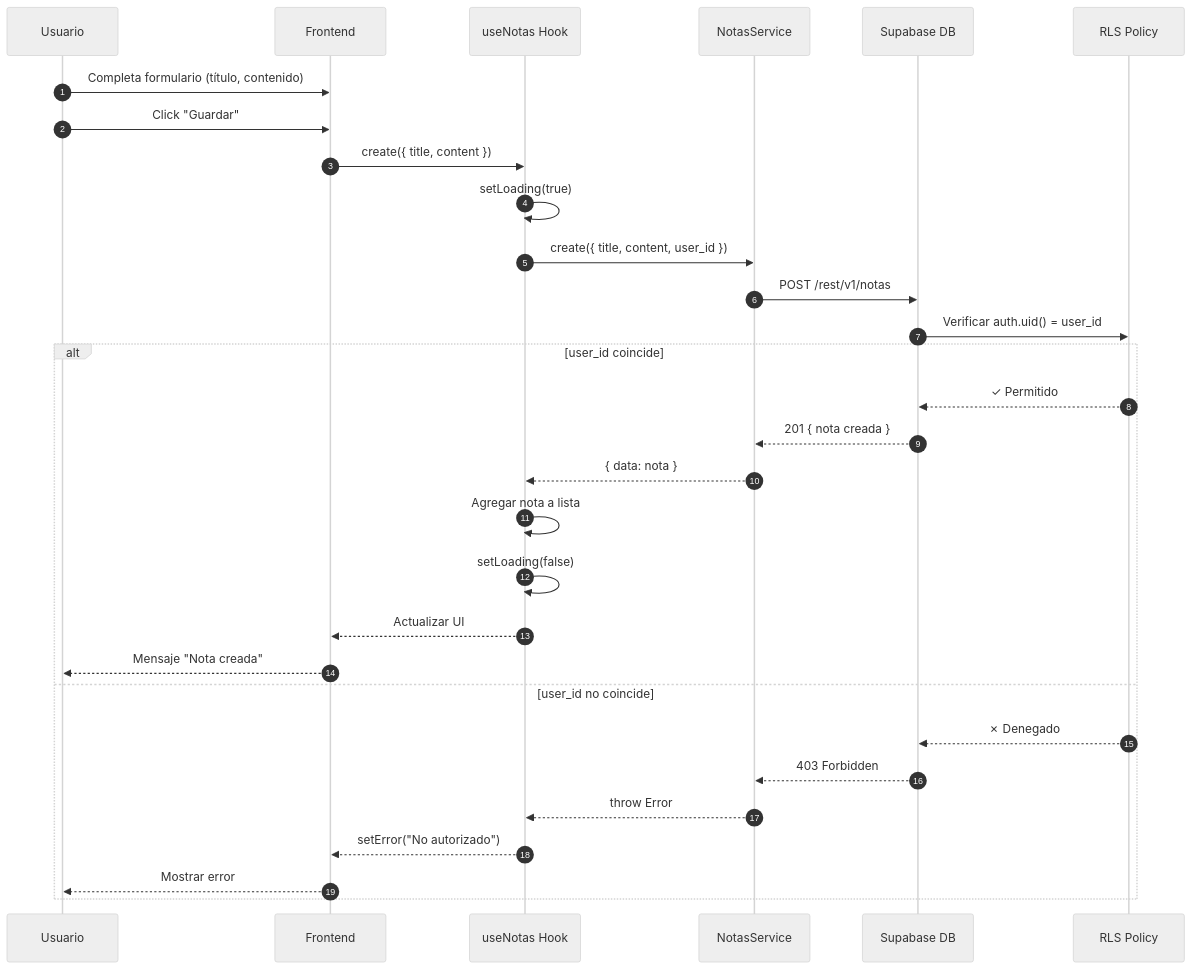
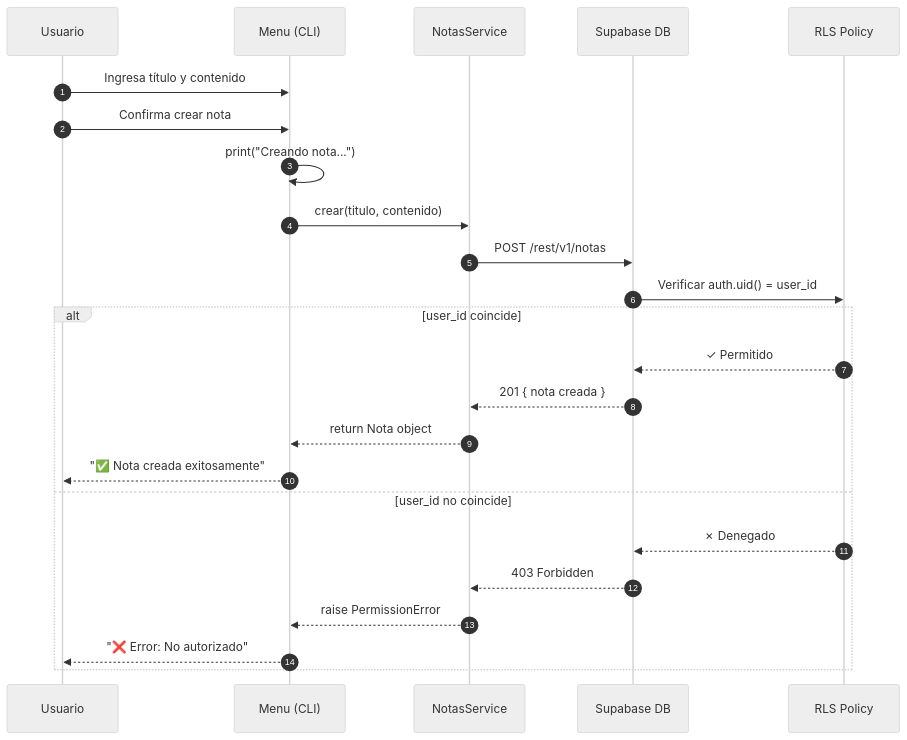
Before and after one commit to cynthiavillagra/app_prueba_prompts: the second of 3 diagrams in docs/03_c_api_dinamica.md, drawn with Mermaid (neutral theme). The commit also changed other lines of this file and 2 other files, not shown here.

````diff
--- a/docs/03_c_api_dinamica.md
+++ b/docs/03_c_api_dinamica.md
@@ -330,34 +331,28 @@
 ```mermaid
 sequenceDiagram
     autonumber
     participant U as Usuario
-    participant F as Frontend
-    participant H as useNotas Hook
+    participant M as Menu (CLI)
     participant NS as NotasService
     participant DB as Supabase DB
     participant RLS as RLS Policy
 
-    U->>F: Completa formulario (título, contenido)
-    U->>F: Click "Guardar"
-    F->>H: create({ title, content })
-    H->>H: setLoading(true)
-    H->>NS: create({ title, content, user_id })
+    U->>M: Ingresa título y contenido
+    U->>M: Confirma crear nota
+    M->>M: print("Creando nota...")
+    M->>NS: crear(titulo, contenido)
     NS->>DB: POST /rest/v1/notas
     DB->>RLS: Verificar auth.uid() = user_id
     
     alt user_id coincide
         RLS-->>DB: ✓ Permitido
         DB-->>NS: 201 { nota creada }
-        NS-->>H: { data: nota }
-        H->>H: Agregar nota a lista
-        H->>H: setLoading(false)
-        H-->>F: Actualizar UI
-        F-->>U: Mensaje "Nota creada"
+        NS-->>M: return Nota object
+        M-->>U: "✅ Nota creada exitosamente"
     else user_id no coincide
         RLS-->>DB: ✗ Denegado
         DB-->>NS: 403 Forbidden
-        NS-->>H: throw Error
-        H-->>F: setError("No autorizado")
-        F-->>U: Mostrar error
+        NS-->>M: raise PermissionError
+        M-->>U: "❌ Error: No autorizado"
     end
 ```
````
